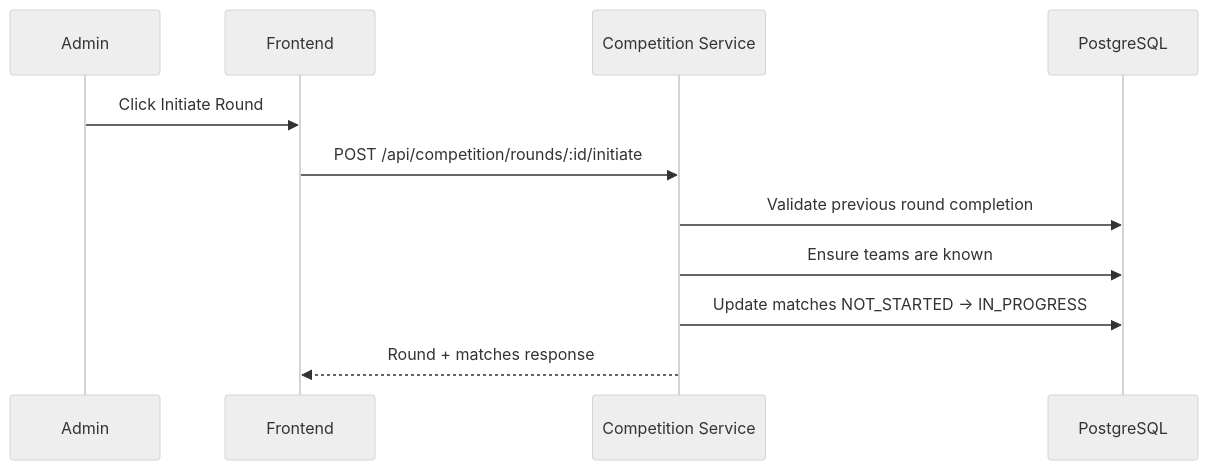
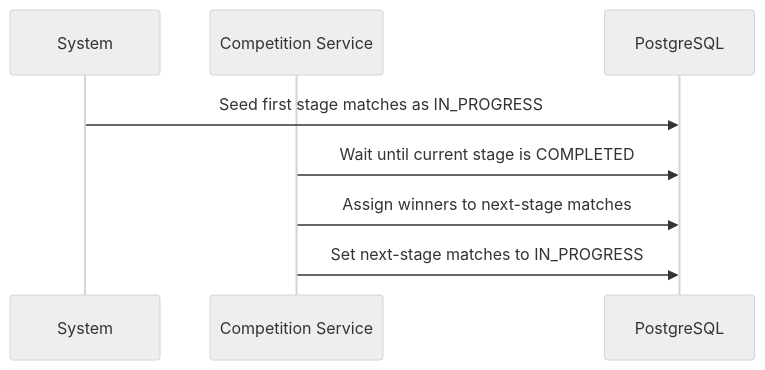
Before and after one commit to sanderkerkhofs/worldcup-manager-2026: the second of 5 diagrams in documenation/05-workflows-sequences.md, drawn with Mermaid (neutral theme). The commit also changed other lines of this file and 41 other files, not shown here.

````diff
--- a/documenation/05-workflows-sequences.md
+++ b/documenation/05-workflows-sequences.md
@@ -22,14 +22,11 @@
 ```mermaid
 sequenceDiagram
-    participant A as Admin
-    participant FE as Frontend
+    participant SYS as System
     participant BE as Competition Service
     participant DB as PostgreSQL
 
-    A->>FE: Click Initiate Round
-    FE->>BE: POST /api/competition/rounds/:id/initiate
-    BE->>DB: Validate previous round completion
-    BE->>DB: Ensure teams are known
-    BE->>DB: Update matches NOT_STARTED -> IN_PROGRESS
-    BE-->>FE: Round + matches response
+    SYS->>DB: Seed first stage matches as IN_PROGRESS
+    BE->>DB: Wait until current stage is COMPLETED
+    BE->>DB: Assign winners to next-stage matches
+    BE->>DB: Set next-stage matches to IN_PROGRESS
 ```
````
